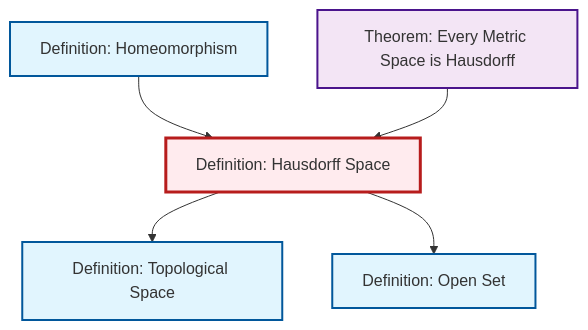
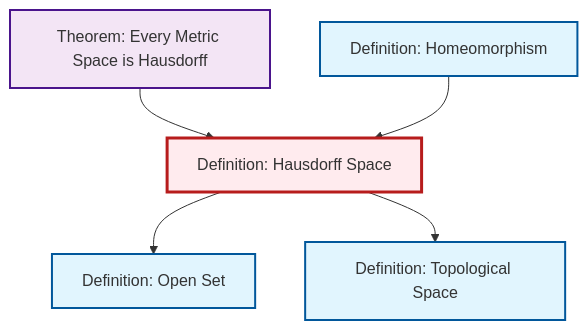
Before and after one commit to RK0429/ModernMath: the diagram in content/ja/topology/def-hausdorff.qmd, drawn with Mermaid. The commit also changed other lines of this file and 554 other files, not shown here.

````diff
--- a/content/ja/topology/def-hausdorff.qmd
+++ b/content/ja/topology/def-hausdorff.qmd
@@ -54,23 +54,23 @@
 ```{mermaid}
 %%| fig-cap: "Local dependency graph"
 graph TD
     classDef definition fill:#e1f5fe,stroke:#01579b,stroke-width:2px
     classDef theorem fill:#f3e5f5,stroke:#4a148c,stroke-width:2px
     classDef axiom fill:#fff3e0,stroke:#e65100,stroke-width:2px
     classDef example fill:#e8f5e9,stroke:#1b5e20,stroke-width:2px
     classDef current fill:#ffebee,stroke:#b71c1c,stroke-width:3px
     thm-metric-hausdorff["Theorem: Every Metric Space is Hausdorff"]:::theorem
-    def-homeomorphism["Definition: Homeomorphism"]:::definition
-    def-topological-space["Definition: Topological Space"]:::definition
     def-hausdorff["Definition: Hausdorff Space"]:::definition
     def-open-set["Definition: Open Set"]:::definition
+    def-topological-space["Definition: Topological Space"]:::definition
+    def-homeomorphism["Definition: Homeomorphism"]:::definition
+    def-hausdorff --> def-open-set
     def-hausdorff --> def-topological-space
+    thm-metric-hausdorff --> def-hausdorff
     def-homeomorphism --> def-hausdorff
-    thm-metric-hausdorff --> def-hausdorff
-    def-hausdorff --> def-open-set
     class def-hausdorff current
     click thm-metric-hausdorff "thm-metric-hausdorff.html" "Theorem: Every Metric Space is Hausdorffへ"
+    click def-open-set "def-open-set.html" "Definition: Open Setへ"
+    click def-topological-space "def-topological-space.html" "Definition: Topological Spaceへ"
     click def-homeomorphism "def-homeomorphism.html" "Definition: Homeomorphismへ"
-    click def-topological-space "def-topological-space.html" "Definition: Topological Spaceへ"
-    click def-open-set "def-open-set.html" "Definition: Open Setへ"
 ```
````
